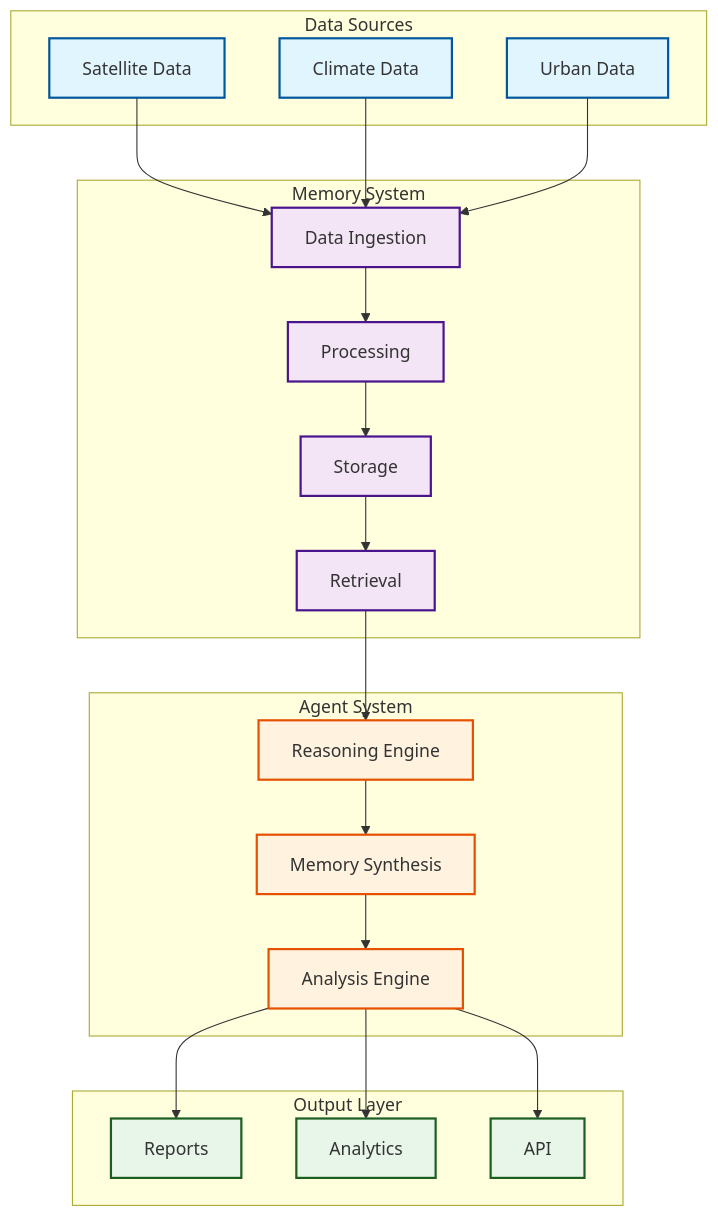
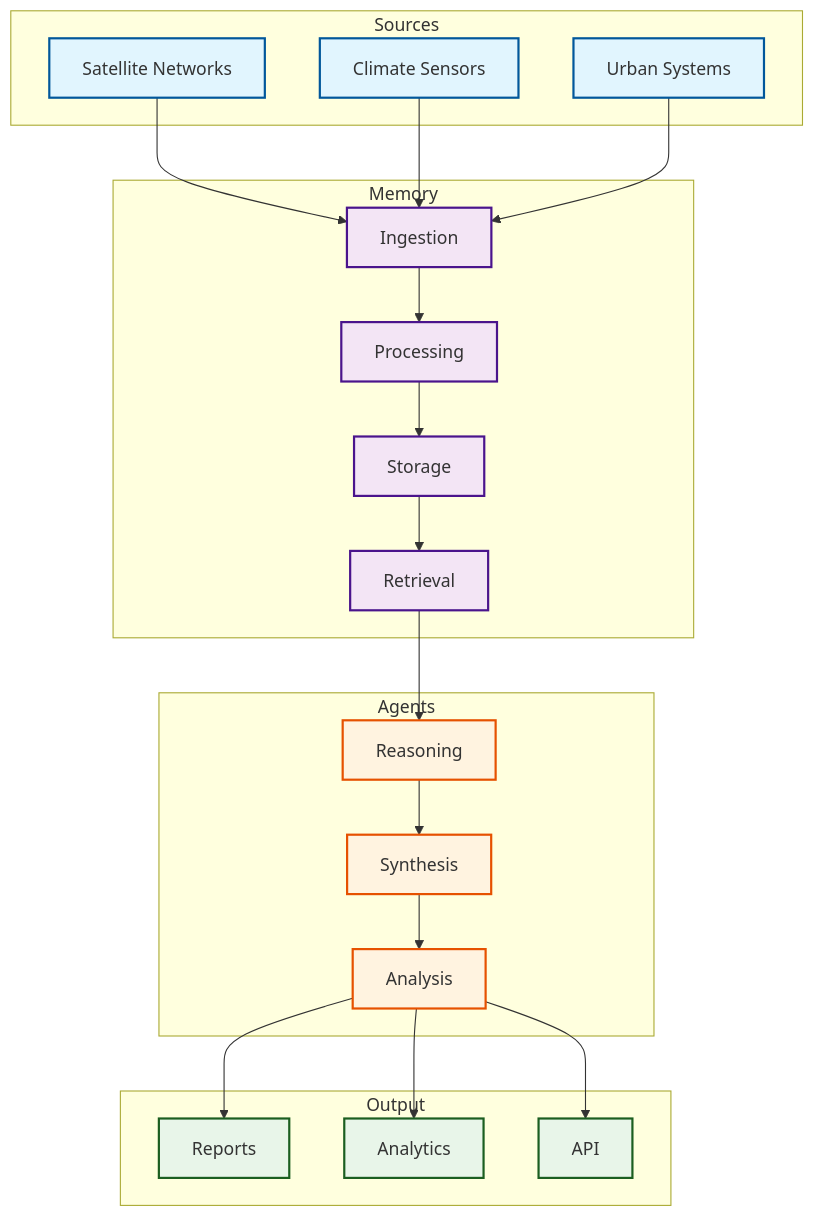
One commit to Vortx-AI/memories-dev changed the first of 3 diagrams in README.md. Above: the diagram before and after it, drawn with Mermaid.

````diff
--- a/README.md
+++ b/README.md
@@ -42,49 +42,49 @@
 ```mermaid
 graph TD
     %% Styles
     classDef source fill:#e1f5fe,stroke:#01579b,stroke-width:2px;
     classDef memory fill:#f3e5f5,stroke:#4a148c,stroke-width:2px;
     classDef agent fill:#fff3e0,stroke:#e65100,stroke-width:2px;
     classDef output fill:#e8f5e9,stroke:#1b5e20,stroke-width:2px;
 
     %% Data Sources
-    subgraph Sources[Data Sources]
-        S1[Satellite Data]
-        S2[Climate Data]
-        S3[Urban Data]
+    subgraph Sources
+        S1[Satellite Networks]
+        S2[Climate Sensors]
+        S3[Urban Systems]
     end
 
     %% Memory System
-    subgraph Memory[Memory System]
-        M1[Data Ingestion]
+    subgraph Memory
+        M1[Ingestion]
         M2[Processing]
         M3[Storage]
         M4[Retrieval]
     end
 
     %% Agent System
-    subgraph Agents[Agent System]
-        A1[Reasoning Engine]
-        A2[Memory Synthesis]
-        A3[Analysis Engine]
+    subgraph Agents
+        A1[Reasoning]
+        A2[Synthesis]
+        A3[Analysis]
     end
 
     %% Output System
-    subgraph Output[Output Layer]
+    subgraph Output
         O1[Reports]
         O2[Analytics]
         O3[API]
     end
 
     %% Flow
     S1 & S2 & S3 --> M1
     M1 --> M2 --> M3 --> M4
     M4 --> A1 --> A2 --> A3
     A3 --> O1 & O2 & O3
 
-    %% Styles
+    %% Apply styles
     class S1,S2,S3 source;
     class M1,M2,M3,M4 memory;
     class A1,A2,A3 agent;
     class O1,O2,O3 output;
 ```
````
